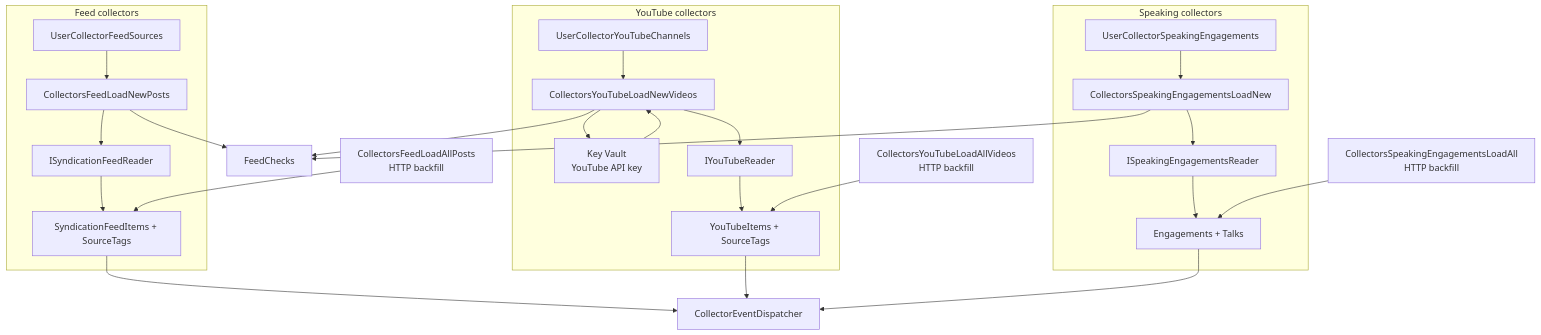
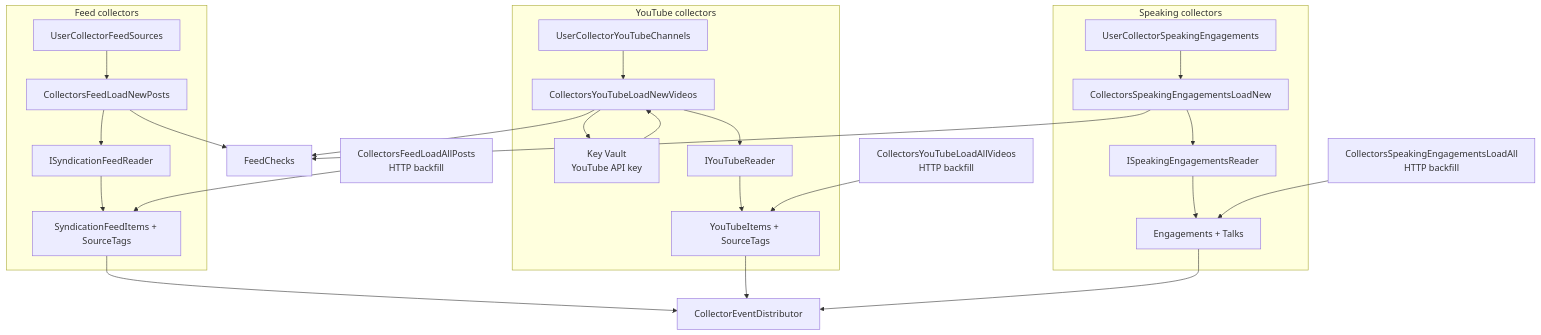
Before and after one commit to jguadagno/jjgnet-broadcast: the second of 4 diagrams in docs/process-flows/collector-distributor-publisher.md, drawn with Mermaid. The commit also changed other lines of this file and 61 other files, not shown here.

````diff
--- a/docs/process-flows/collector-distributor-publisher.md
+++ b/docs/process-flows/collector-distributor-publisher.md
@@ -94,40 +94,40 @@
 ```mermaid
 flowchart TD
     subgraph Feed collectors
         FCFG[UserCollectorFeedSources]
         F1[CollectorsFeedLoadNewPosts]
         FR[ISyndicationFeedReader]
         FDB[SyndicationFeedItems + SourceTags]
     end
 
     subgraph YouTube collectors
         YCFG[UserCollectorYouTubeChannels]
         YKV[Key Vault\nYouTube API key]
         Y1[CollectorsYouTubeLoadNewVideos]
         YR[IYouTubeReader]
         YDB[YouTubeItems + SourceTags]
     end
 
     subgraph Speaking collectors
         SCFG[UserCollectorSpeakingEngagements]
         S1[CollectorsSpeakingEngagementsLoadNew]
         SR[ISpeakingEngagementsReader]
         SDB[Engagements + Talks]
     end
 
     FCHECK[FeedChecks]
-    DISP[CollectorEventDispatcher]
+    DISP[CollectorEventDistributor]
 
     FCFG --> F1 --> FR --> FDB --> DISP
     YCFG --> Y1 --> YKV
     YKV --> Y1 --> YR --> YDB --> DISP
     SCFG --> S1 --> SR --> SDB --> DISP
 
     F1 --> FCHECK
     Y1 --> FCHECK
     S1 --> FCHECK
 
     FHTTP[CollectorsFeedLoadAllPosts\nHTTP backfill] --> FDB
     YHTTP[CollectorsYouTubeLoadAllVideos\nHTTP backfill] --> YDB
     SHTTP[CollectorsSpeakingEngagementsLoadAll\nHTTP backfill] --> SDB
 ```
````
